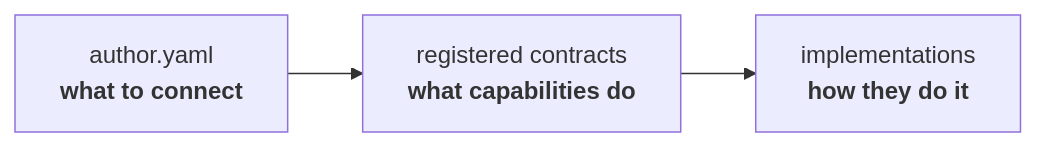
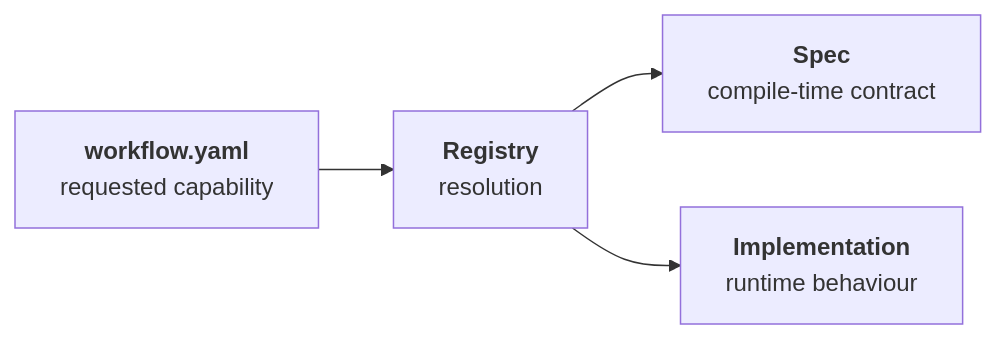
The sixth of 7 diagrams in docs/authoring/index.md (FAST-HEP/fasthep-flow), drawn with Mermaid before and after one commit. The commit also changed other lines of this file and 7 other files, not shown here.

````diff
--- a/docs/authoring/index.md
+++ b/docs/authoring/index.md
@@ -399,8 +398,11 @@
 ```{mermaid}
 flowchart LR
-    Author["author.yaml<br/><b>what to connect</b>"]
-    Contracts["registered contracts<br/><b>what capabilities do</b>"]
-    Implementations["implementations<br/><b>how they do it</b>"]
+    Workflow["<b>workflow.yaml</b><br/>requested capability"]:::input
+    Registry["<b>Registry</b><br/>resolution"]:::capability
+    Spec["<b>Spec</b><br/>compile-time contract"]:::flow
+    Impl["<b>Implementation</b><br/>runtime behaviour"]:::runtime
 
-    Author --> Contracts --> Implementations
+    Workflow --> Registry
+    Registry --> Spec
+    Registry --> Impl
 ```
````
